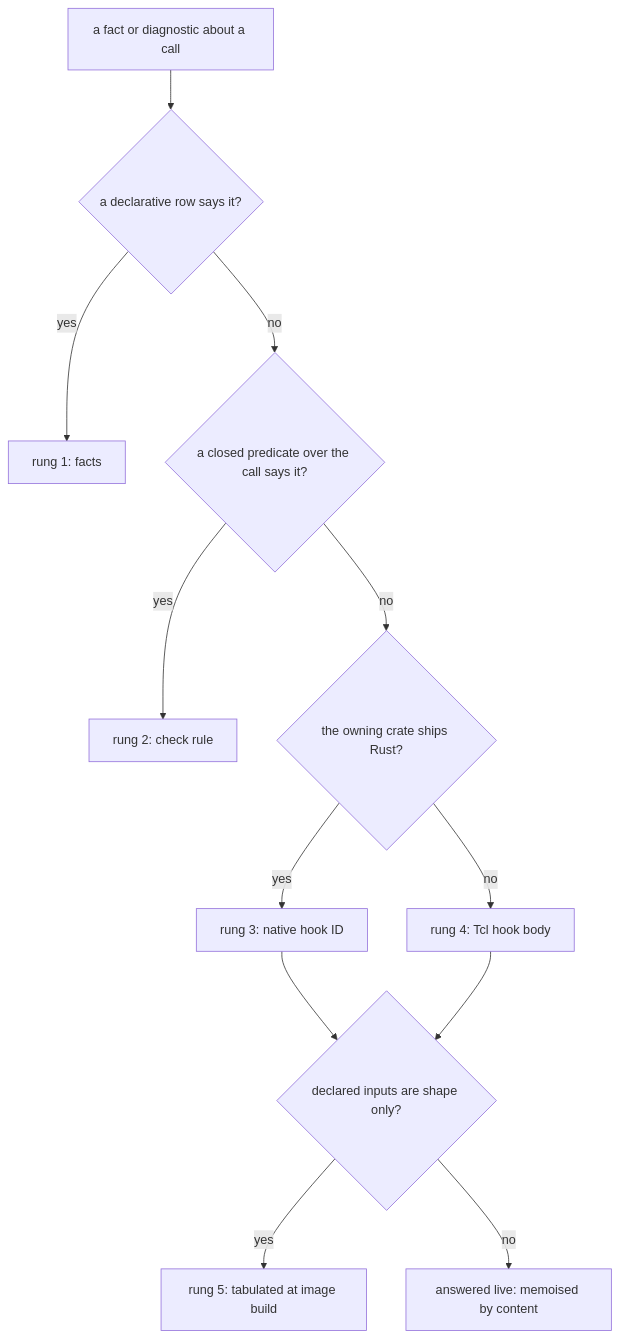
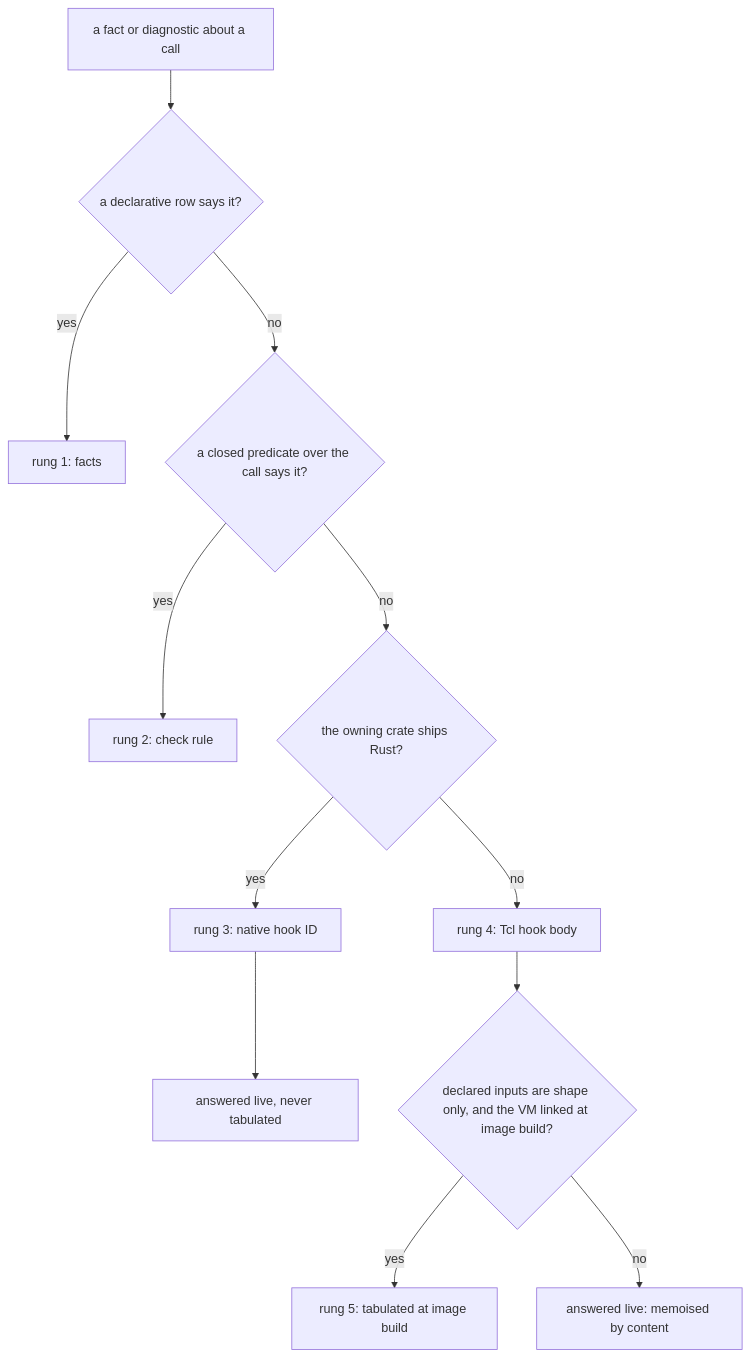
The first of 2 diagrams in docs/design/registry/spectcl-3/05-checks-hooks-abi.md (bitwisecook/tcl-lsp), drawn with Mermaid before and after one commit. The commit also changed other lines of this file and 17 other files, not shown here.

````diff
--- a/docs/design/registry/spectcl-3/05-checks-hooks-abi.md
+++ b/docs/design/registry/spectcl-3/05-checks-hooks-abi.md
@@ -28,14 +38,14 @@
 ```mermaid
 flowchart TB
   need["a fact or diagnostic about a call"] --> declared{"a declarative row says it?"}
   declared -- yes --> r1["rung 1: facts"]
   declared -- no --> pred{"a closed predicate over the call says it?"}
   pred -- yes --> r2["rung 2: check rule"]
   pred -- no --> native{"the owning crate ships Rust?"}
   native -- yes --> r3["rung 3: native hook ID"]
   native -- no --> r4["rung 4: Tcl hook body"]
-  r3 --> shape{"declared inputs are shape only?"}
-  r4 --> shape
+  r3 --> liveNative["answered live, never tabulated"]
+  r4 --> shape{"declared inputs are shape only, and the VM linked at image build?"}
   shape -- yes --> r5["rung 5: tabulated at image build"]
   shape -- no --> live["answered live: memoised by content"]
 ```
````
